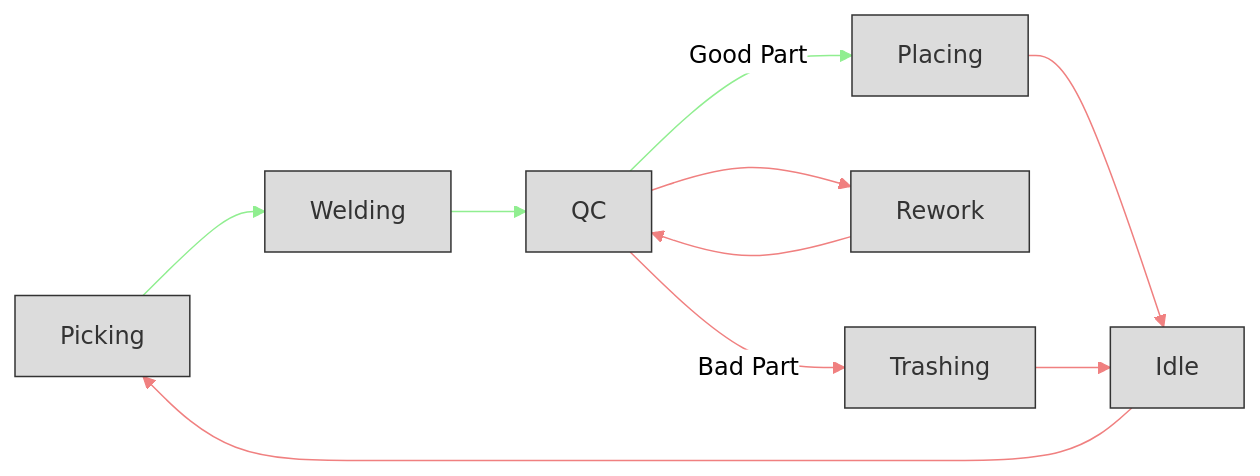
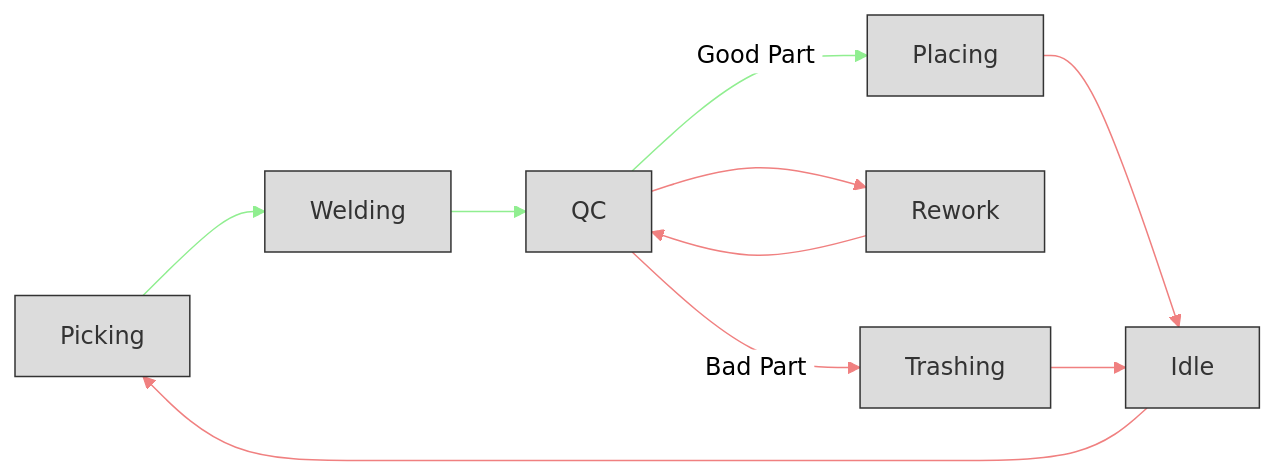
The first of 2 diagrams in README.md (claret-srl/ROMANTIG), drawn with Mermaid (neutral theme) before and after one commit. The commit also changed other lines of this file, not shown here.

````diff
--- a/README.md
+++ b/README.md
@@ -138,15 +138,15 @@
 ```mermaid
 flowchart LR
     Picking --> Welding --> QC
-    QC -- Good Part --> Placing
+    QC -- &nbspGood Part&nbsp--> Placing
     QC --> Rework --> QC
-    QC -- Bad Part --> Trashing
+    QC -- &nbspBad Part&nbsp--> Trashing
     Placing & Trashing --> Idle --> Picking
 
 classDef Gainsboro fill:Gainsboro,stroke:#333,color:#333
 
 class Picking,Placing,QC,Welding,upTime,Idle,Trashing,Rework,QC_Rework Gainsboro
 
 linkStyle 0,1,2 stroke:lightgreen,border-color:lightgreen;
 linkStyle 3,4,5,6,7,8 stroke:LightCoral;
 ```
````
